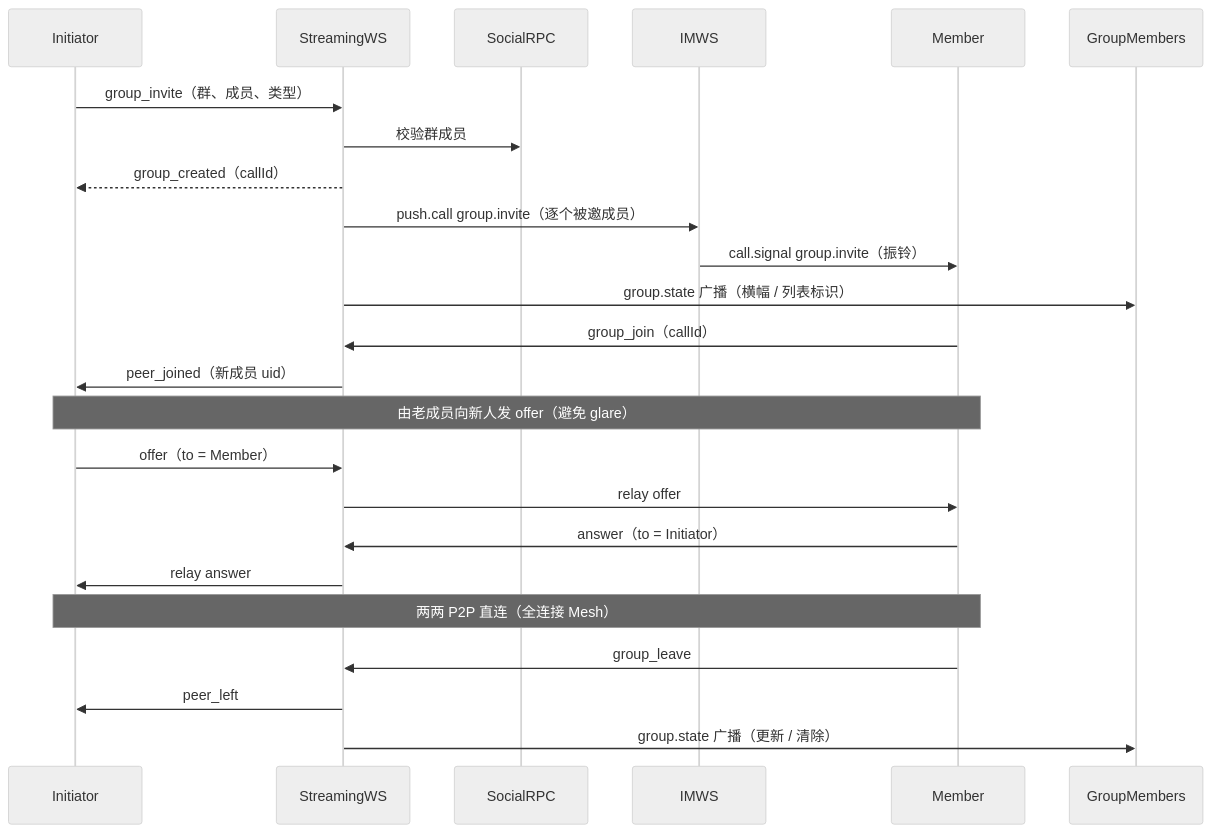
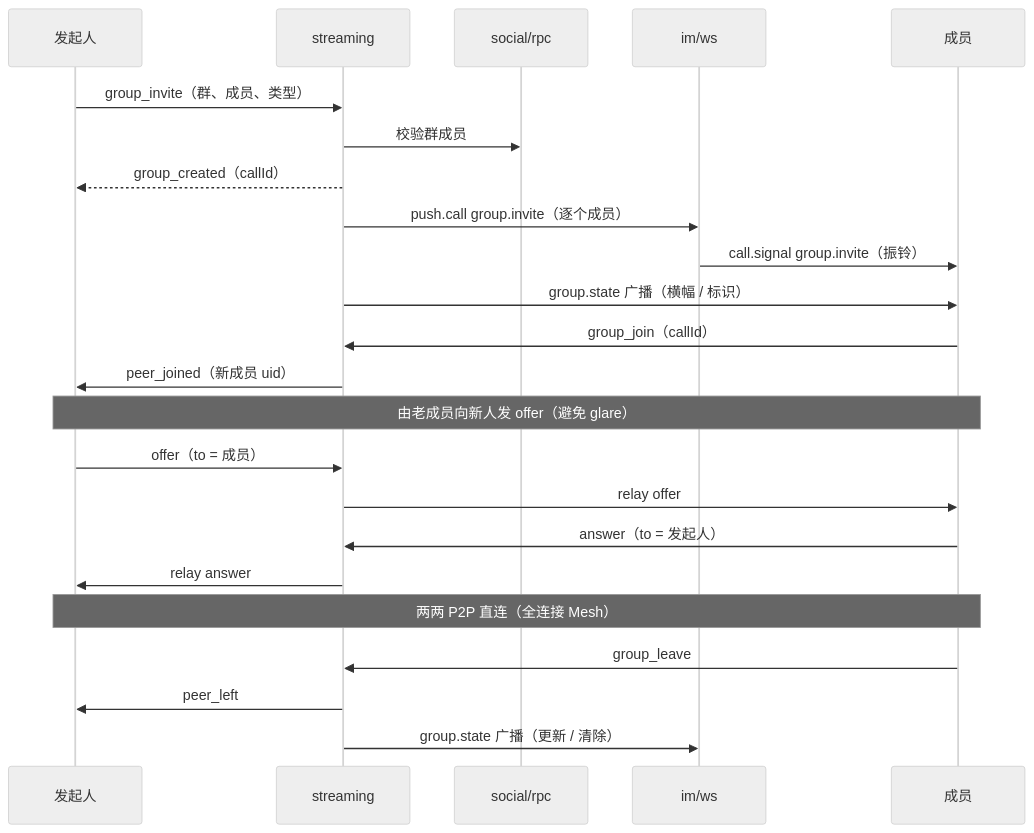
One commit to iceymoss/go-hichat-api changed the sixth of 6 diagrams in docs/README.zh-CN.md. Above: the diagram before and after it, drawn with Mermaid (neutral theme). The commit also changed other lines of this file and 1 other file, not shown here.

First line of the commit message:
docs: humanize sequence diagrams and fix Go version

````diff
--- a/docs/README.zh-CN.md
+++ b/docs/README.zh-CN.md
@@ -186,20 +219,25 @@
 ```mermaid
 sequenceDiagram
-  Initiator->>StreamingWS: group_invite（群、成员、类型）
-  StreamingWS->>SocialRPC: 校验群成员
-  StreamingWS-->>Initiator: group_created（callId）
-  StreamingWS->>IMWS: push.call group.invite（逐个被邀成员）
-  IMWS->>Member: call.signal group.invite（振铃）
-  StreamingWS->>GroupMembers: group.state 广播（横幅 / 列表标识）
-  Member->>StreamingWS: group_join（callId）
-  StreamingWS->>Initiator: peer_joined（新成员 uid）
-  Note over Initiator,Member: 由老成员向新人发 offer（避免 glare）
-  Initiator->>StreamingWS: offer（to = Member）
-  StreamingWS->>Member: relay offer
-  Member->>StreamingWS: answer（to = Initiator）
-  StreamingWS->>Initiator: relay answer
-  Note over Initiator,Member: 两两 P2P 直连（全连接 Mesh）
-  Member->>StreamingWS: group_leave
-  StreamingWS->>Initiator: peer_left
-  StreamingWS->>GroupMembers: group.state 广播（更新 / 清除）
+  participant I as 发起人
+  participant ST as streaming
+  participant SR as social/rpc
+  participant WS as im/ws
+  participant M as 成员
+  I->>ST: group_invite（群、成员、类型）
+  ST->>SR: 校验群成员
+  ST-->>I: group_created（callId）
+  ST->>WS: push.call group.invite（逐个成员）
+  WS->>M: call.signal group.invite（振铃）
+  ST->>M: group.state 广播（横幅 / 标识）
+  M->>ST: group_join（callId）
+  ST->>I: peer_joined（新成员 uid）
+  Note over I,M: 由老成员向新人发 offer（避免 glare）
+  I->>ST: offer（to = 成员）
+  ST->>M: relay offer
+  M->>ST: answer（to = 发起人）
+  ST->>I: relay answer
+  Note over I,M: 两两 P2P 直连（全连接 Mesh）
+  M->>ST: group_leave
+  ST->>I: peer_left
+  ST->>WS: group.state 广播（更新 / 清除）
 ```
````
